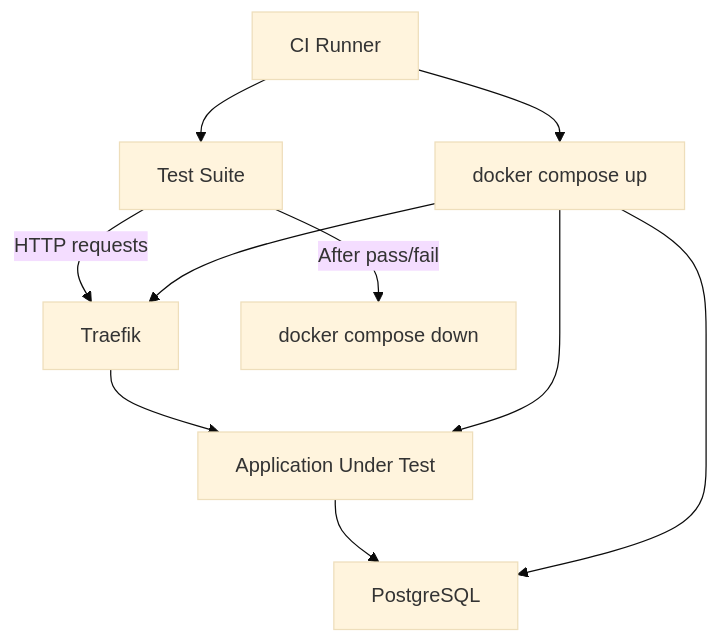
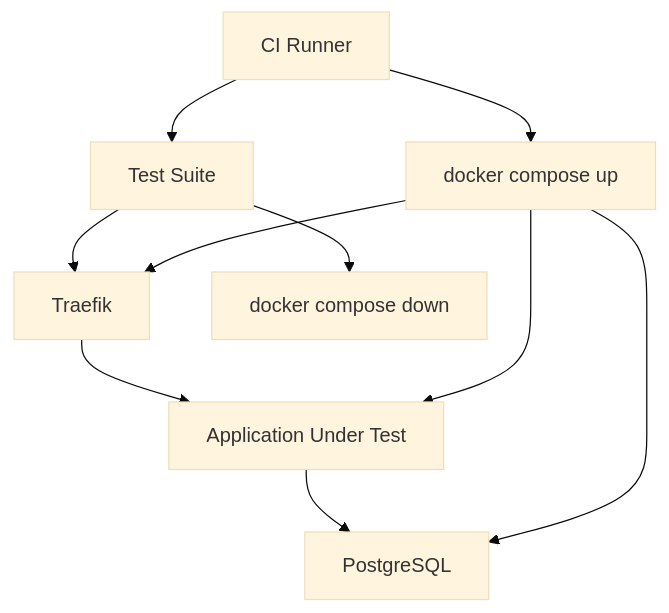
Before and after one commit to peermesh/docker-lab-docs: the fourth of 5 diagrams in docs/use-cases.md, drawn with Mermaid (base theme). The commit also changed other lines of this file and 13 other files, not shown here.

First line of the commit message:
fix: improve diagram legibility and icon rendering

````diff
--- a/docs/use-cases.md
+++ b/docs/use-cases.md
@@ -351,20 +351,20 @@
 ```mermaid
 flowchart TB
     CI["CI Runner"]
     ComposeUp["docker compose up"]
     Traefik["Traefik"]
     App["Application Under Test"]
     PostgreSQL["PostgreSQL"]
     Tests["Test Suite"]
     ComposeDown["docker compose down"]
 
     CI --> ComposeUp
     ComposeUp --> Traefik
     ComposeUp --> App
     ComposeUp --> PostgreSQL
     CI --> Tests
-    Tests -->|"HTTP requests"| Traefik
+    Tests --> Traefik
     Traefik --> App
     App --> PostgreSQL
-    Tests -->|"After pass/fail"| ComposeDown
+    Tests --> ComposeDown
 ```
````
